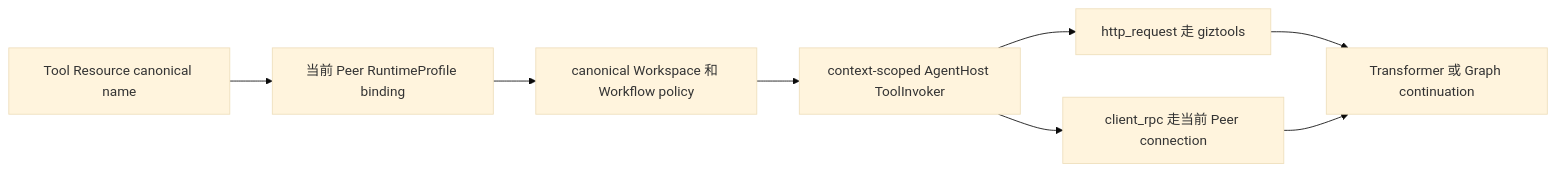
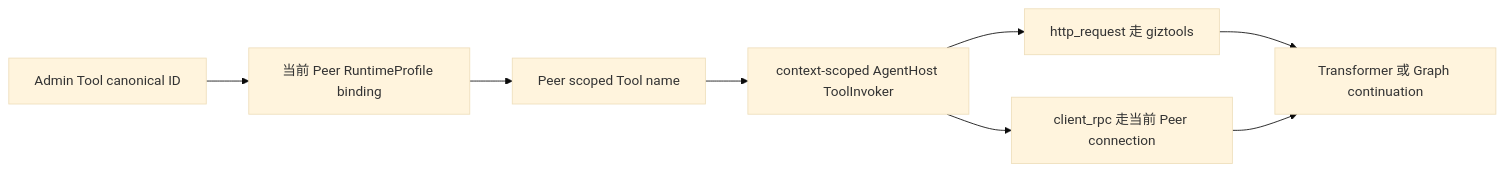
One commit to GizClaw/gizclaw changed the diagram in guides/zh/developing/gizclaw/services/runtime/toolkit.md. Above: the diagram before and after it, drawn with Mermaid (base theme). The commit also changed other lines of this file and 418 other files, not shown here.

First line of the commit message:
gizclaw: separate admin IDs from peer names

````diff
--- a/guides/zh/developing/gizclaw/services/runtime/toolkit.md
+++ b/guides/zh/developing/gizclaw/services/runtime/toolkit.md
@@ -45,10 +45,10 @@
 ```mermaid
 flowchart LR
-    Resource["Tool Resource canonical name"] --> Profile["当前 Peer RuntimeProfile binding"]
-    Profile --> Policy["canonical Workspace 和 Workflow policy"]
+    Resource["Admin Tool canonical ID"] --> Profile["当前 Peer RuntimeProfile binding"]
+    Profile --> Policy["Peer scoped Tool name"]
     Policy --> Invoker["context-scoped AgentHost ToolInvoker"]
     Invoker --> HTTP["http_request 走 giztools"]
     Invoker --> Client["client_rpc 走当前 Peer connection"]
     HTTP --> Continue["Transformer 或 Graph continuation"]
     Client --> Continue
 ```
````
